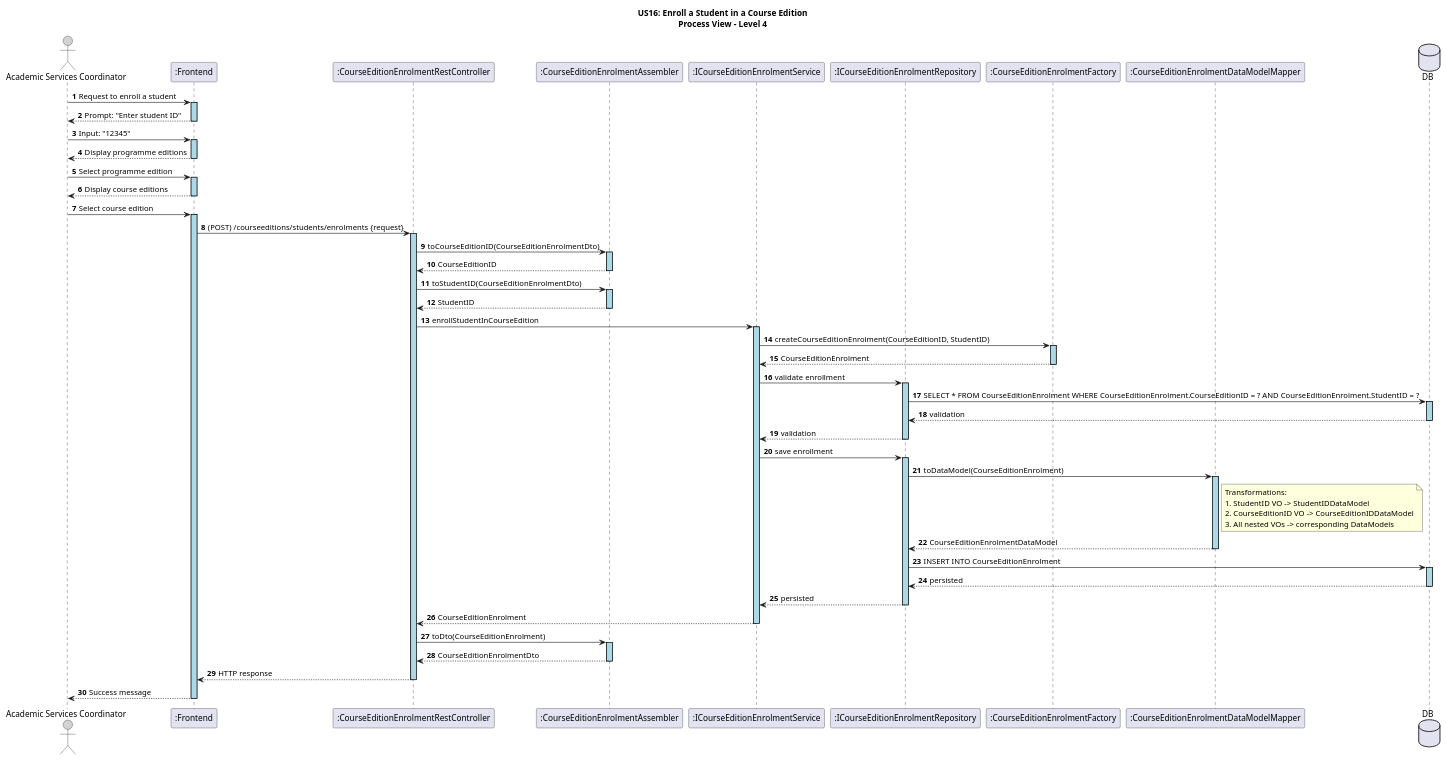
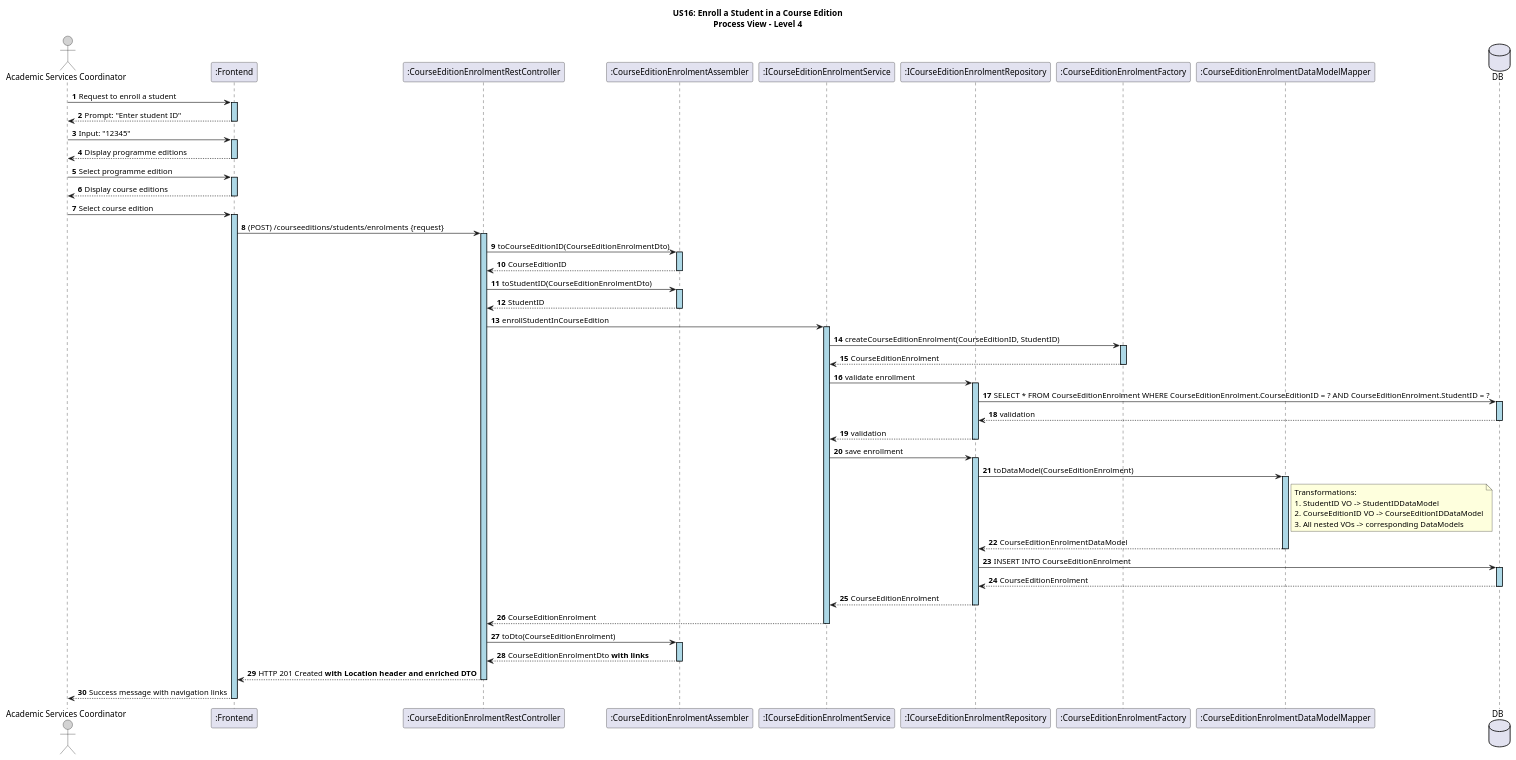
Before and after one commit to GasparISEP/DevOps-PAI: the diagram in docs/US16/sprint6_RestController/process_view/Level4.puml, drawn with PlantUML. The commit also changed 1 other file, not shown here.

Commit message:
docs: Enhance process view Level 3 and Level 4 diagrams to include HTTP response details, such as Location headers and enriched DTOs with navigation links for enrol a student in a CourseEdition feature. refs #659

```diff
--- a/docs/US16/sprint6_RestController/process_view/Level4.puml
+++ b/docs/US16/sprint6_RestController/process_view/Level4.puml
@@ -1,64 +1,65 @@
 @startuml
 
 title US16: Enroll a Student in a Course Edition\nProcess View – Level 4
 
 autonumber
 skinparam sequence {
     LifelineBorderColor black
     LifelineBackgroundColor LightBlue
     ActorBorderColor black
     ActorBackgroundColor LightGray
 }
 
 actor "Academic Services Coordinator" as ASC
 participant ":Frontend" as UI
 participant ":CourseEditionEnrolmentRestController" as Controller
 participant ":CourseEditionEnrolmentAssembler" as Assembler
 participant ":ICourseEditionEnrolmentService" as Service
 participant ":ICourseEditionEnrolmentRepository" as Repository
 participant ":CourseEditionEnrolmentFactory" as Factory
 participant ":CourseEditionEnrolmentDataModelMapper" as DataModelMapper
 database "DB" as SpringDataRepo
 
 ASC -> UI ++: Request to enroll a student
 UI --> ASC --: Prompt: "Enter student ID"
 ASC -> UI ++: Input: "12345"
 UI --> ASC --: Display programme editions
 ASC -> UI ++: Select programme edition
 UI --> ASC --: Display course editions
 ASC -> UI ++: Select course edition
 
 UI -> Controller ++: (POST) /courseeditions/students/enrolments {request}
 Controller -> Assembler ++: toCourseEditionID(CourseEditionEnrolmentDto)
 Assembler --> Controller --: CourseEditionID
 Controller -> Assembler ++: toStudentID(CourseEditionEnrolmentDto)
 Assembler --> Controller --: StudentID
 
 Controller -> Service ++: enrollStudentInCourseEdition
 Service -> Factory ++: createCourseEditionEnrolment(CourseEditionID, StudentID)
 Factory --> Service --: CourseEditionEnrolment
 Service -> Repository ++: validate enrollment
 Repository -> SpringDataRepo ++: SELECT * FROM CourseEditionEnrolment WHERE CourseEditionEnrolment.CourseEditionID = ? AND CourseEditionEnrolment.StudentID = ?
 SpringDataRepo --> Repository --: validation
 Repository --> Service --: validation
 
 Service -> Repository ++: save enrollment
 Repository -> DataModelMapper ++: toDataModel(CourseEditionEnrolment)
 note right of DataModelMapper
   Transformations:
   1. StudentID VO -> StudentIDDataModel
   2. CourseEditionID VO -> CourseEditionIDDataModel
   3. All nested VOs -> corresponding DataModels
 end note
 DataModelMapper --> Repository --: CourseEditionEnrolmentDataModel
 Repository -> SpringDataRepo ++: INSERT INTO CourseEditionEnrolment
-SpringDataRepo --> Repository --: persisted
-Repository --> Service --: persisted
+SpringDataRepo --> Repository --: CourseEditionEnrolment
+Repository --> Service --: CourseEditionEnrolment
 
 Service --> Controller --: CourseEditionEnrolment
 Controller -> Assembler ++: toDto(CourseEditionEnrolment)
-Assembler --> Controller --: CourseEditionEnrolmentDto
-Controller --> UI --: HTTP response
-UI --> ASC --: Success message
+
+Assembler --> Controller --: CourseEditionEnrolmentDto **with links**
+Controller --> UI --: HTTP 201 Created **with Location header and enriched DTO**
+UI --> ASC --: Success message with navigation links
 
 @enduml
```
